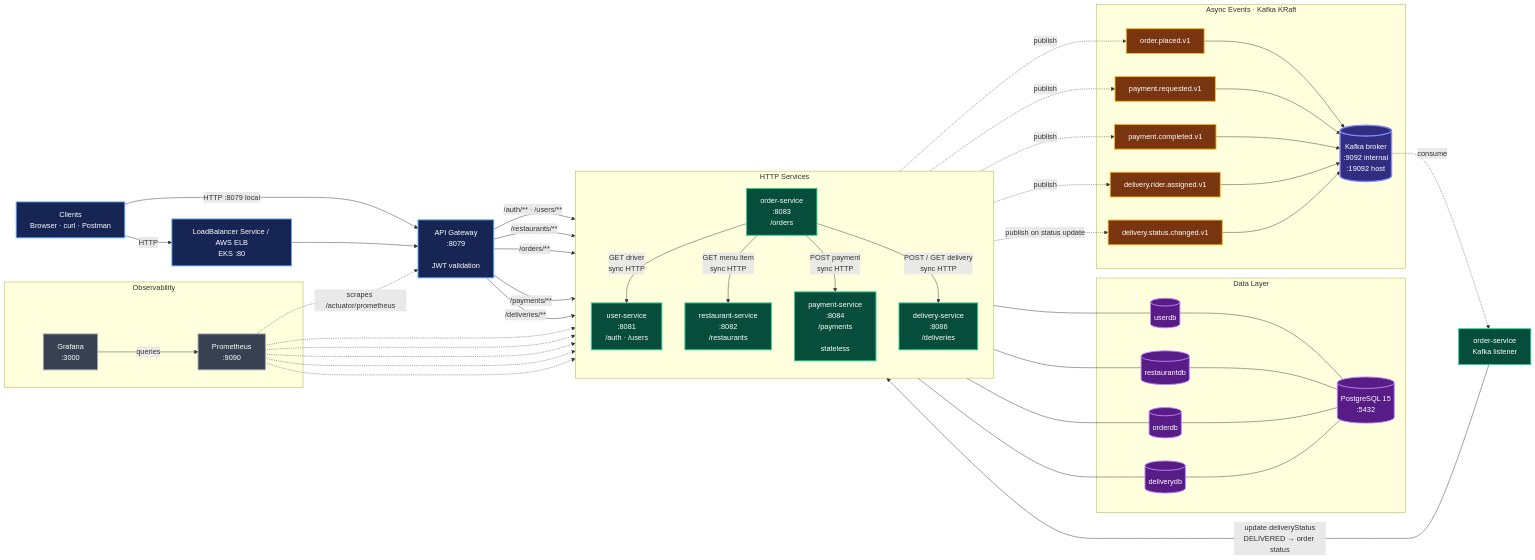
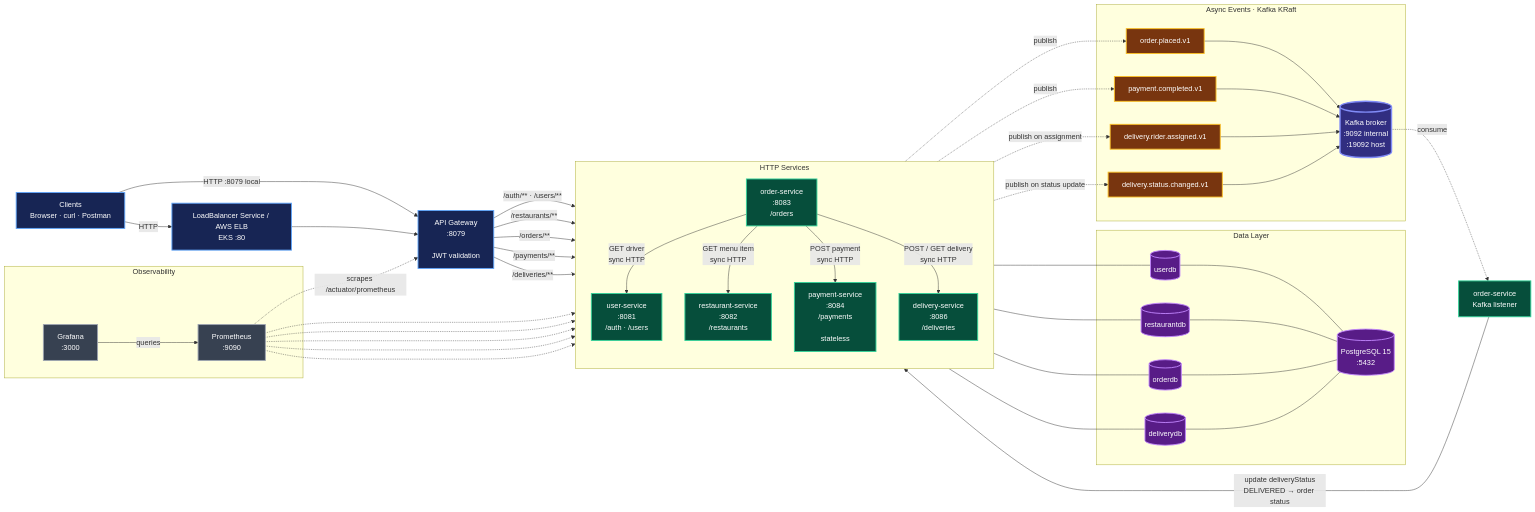
Before and after one commit to arnold-abraham/food-delivery-microservices: the diagram in diagrams/architecture.md, drawn with Mermaid. The commit also changed other lines of this file, not shown here.

Commit message:
Update architecture diagram to reflect corrected event ownership

````diff
--- a/diagrams/architecture.md
+++ b/diagrams/architecture.md
@@ -26,7 +26,6 @@
     subgraph events["Async Events · Kafka KRaft"]
         kafka[("Kafka broker<br/>:9092 internal<br/>:19092 host")]
         placed["order.placed.v1"]
-        requested["payment.requested.v1"]
         completed["payment.completed.v1"]
         assigned["delivery.rider.assigned.v1"]
         status["delivery.status.changed.v1"]
@@ -62,13 +61,11 @@
     deliverydb --- postgres
 
     order -.->|"publish"| placed
-    order -.->|"publish"| requested
-    order -.->|"publish"| completed
-    order -.->|"publish"| assigned
+    payment -.->|"publish"| completed
+    delivery -.->|"publish on assignment"| assigned
     delivery -.->|"publish on status update"| status
 
     placed --> kafka
-    requested --> kafka
     completed --> kafka
     assigned --> kafka
     status --> kafka
@@ -94,7 +91,7 @@
     class user,restaurant,order,payment,delivery,statusListener service
     class postgres,userdb,restaurantdb,orderdb,deliverydb database
     class kafka broker
-    class placed,requested,completed,assigned,status event
+    class placed,completed,assigned,status event
     class prometheus,grafana ops
 
 ```
````
